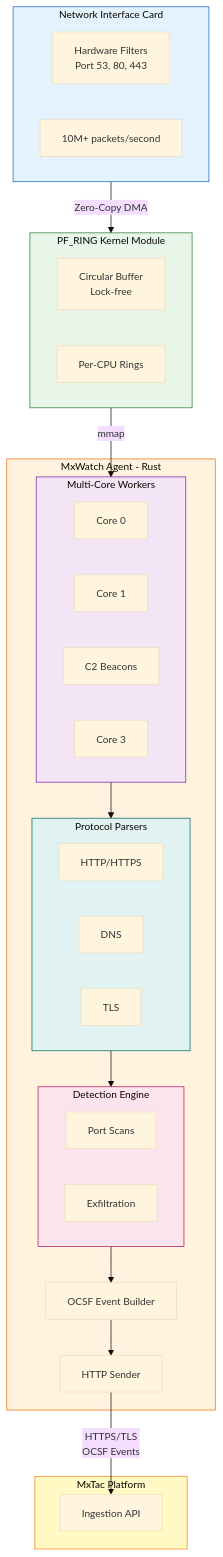
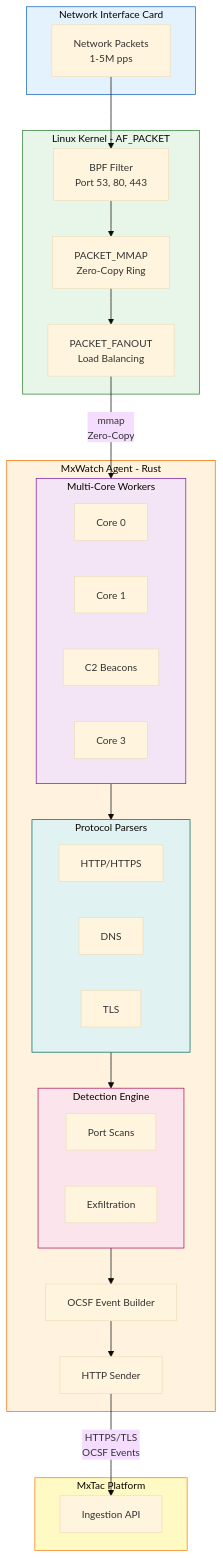
The diagram in agents/mxwatch/00-README.md (fankh/mxtac), drawn with Mermaid before and after one commit. The commit also changed other lines of this file and 1 other file, not shown here.

````diff
--- a/agents/mxwatch/00-README.md
+++ b/agents/mxwatch/00-README.md
@@ -124,57 +116,59 @@
 ```mermaid
 %%{init: {'theme': 'base', 'themeVariables': { 'fontSize': '14px' }, 'flowchart': { 'useMaxWidth': true }}}%%
 flowchart TB
     subgraph NIC["Network Interface Card"]
         style NIC fill:#e3f2fd,stroke:#1565c0
-        HWFILTER[Hardware Filters<br/>Port 53, 80, 443]
-        THROUGHPUT[10M+ packets/second]
+        PACKETS[Network Packets<br/>1-5M pps]
     end
 
-    subgraph Kernel["PF_RING Kernel Module"]
+    subgraph Kernel["Linux Kernel - AF_PACKET"]
         style Kernel fill:#e8f5e9,stroke:#2e7d32
-        BUFFER[Circular Buffer<br/>Lock-free]
-        PERCPU[Per-CPU Rings]
+        BPF[BPF Filter<br/>Port 53, 80, 443]
+        RING[PACKET_MMAP<br/>Zero-Copy Ring]
+        FANOUT[PACKET_FANOUT<br/>Load Balancing]
     end
 
     subgraph Agent["MxWatch Agent - Rust"]
         style Agent fill:#fff3e0,stroke:#ef6c00
 
         subgraph Workers["Multi-Core Workers"]
             style Workers fill:#f3e5f5,stroke:#7b1fa2
             C0[Core 0]
             C1[Core 1]
             C2[Core 2]
             C3[Core 3]
         end
 
         subgraph Parsers["Protocol Parsers"]
             style Parsers fill:#e0f2f1,stroke:#00695c
             HTTP[HTTP/HTTPS]
             DNS[DNS]
             TLS[TLS]
         end
 
         subgraph Detection["Detection Engine"]
             style Detection fill:#fce4ec,stroke:#ad1457
             C2[C2 Beacons]
             SCAN[Port Scans]
             EXFIL[Exfiltration]
         end
 
         BUILDER[OCSF Event Builder]
         SENDER[HTTP Sender]
     end
 
     subgraph Platform["MxTac Platform"]
         style Platform fill:#fff9c4,stroke:#f57f17
         API[Ingestion API]
     end
 
-    NIC -->|Zero-Copy DMA| Kernel
-    Kernel -->|mmap| Workers
+    PACKETS --> BPF
+    BPF --> RING
+    RING --> FANOUT
+    FANOUT -->|mmap<br/>Zero-Copy| Workers
     Workers --> Parsers
     Parsers --> Detection
     Detection --> BUILDER
     BUILDER --> SENDER
     SENDER -->|HTTPS/TLS<br/>OCSF Events| API
 ```
````
